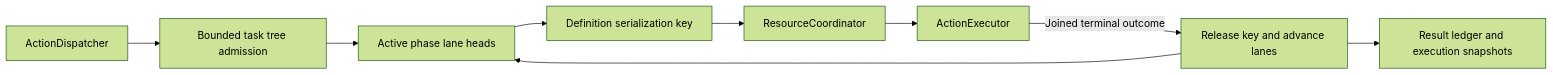
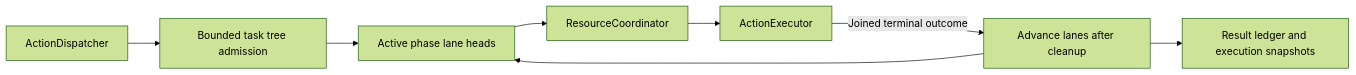
The diagram in MobileHarness/Gateway/Output/Scheduling/README.md (devilyouwei/MobileHarness), drawn with Mermaid (forest theme) before and after one commit. The commit also changed other lines of this file and 456 other files, not shown here.

````diff
--- a/MobileHarness/Gateway/Output/Scheduling/README.md
+++ b/MobileHarness/Gateway/Output/Scheduling/README.md
@@ -15,11 +15,10 @@
 ```mermaid
 flowchart LR
  Dispatch[ActionDispatcher] --> Admit[Bounded task tree admission]
  Admit --> Active[Active phase lane heads]
- Active --> Key[Definition serialization key]
- Key --> Resources[ResourceCoordinator]
+ Active --> Resources[ResourceCoordinator]
  Resources --> Executor[ActionExecutor]
- Executor -->|Joined terminal outcome| Advance[Release key and advance lanes]
+ Executor -->|Joined terminal outcome| Advance[Advance lanes after cleanup]
  Advance --> Active
  Advance --> Results[Result ledger and execution snapshots]
 ```
````
